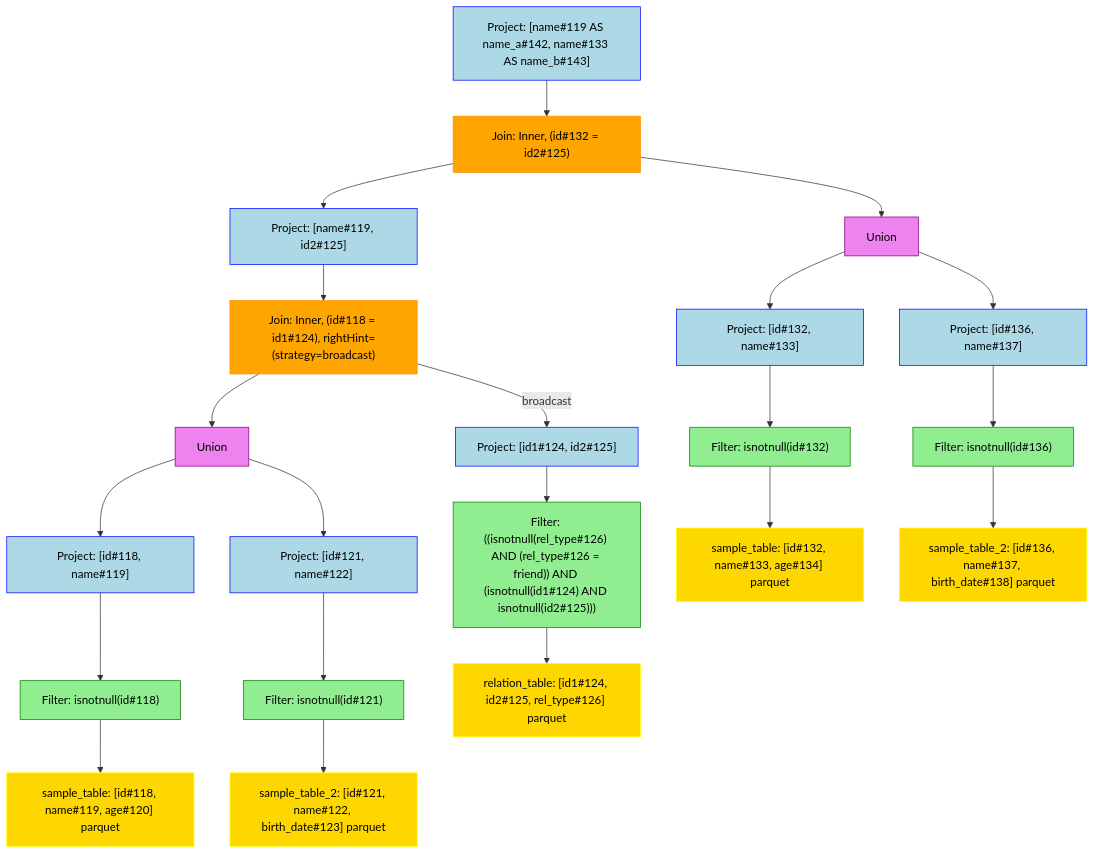
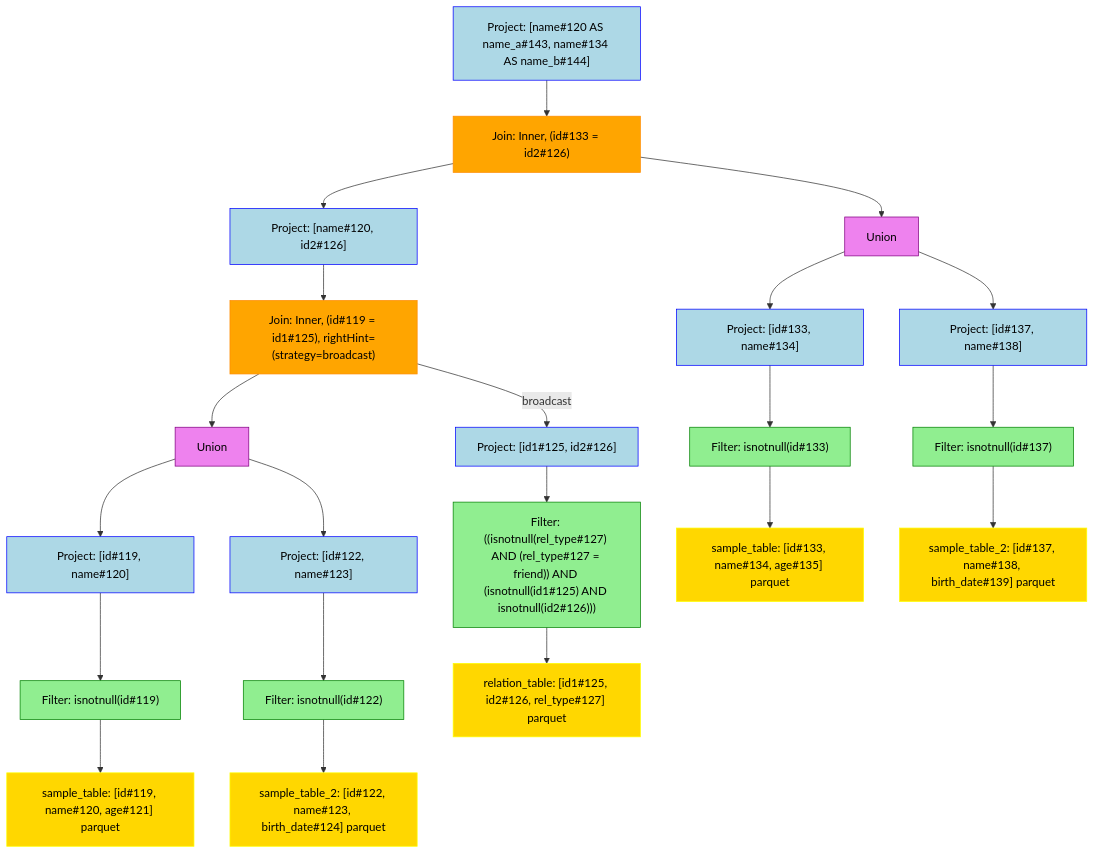
The diagram in data/visualization/join_2_broadcast.mmd (NielkNetraam/explainalyzed), drawn with Mermaid before and after one commit. The commit also changed 61 other files, not shown here.

```diff
--- a/data/visualization/join_2_broadcast.mmd
+++ b/data/visualization/join_2_broadcast.mmd
@@ -1,51 +1,51 @@
 flowchart TD
     classDef PROJECT stroke:Blue,fill:LightBlue,color:black
     classDef FILTER stroke:Green,fill:LightGreen,color:black
     classDef UNION stroke:Purple,fill:Violet,color:black
     classDef JOIN stroke:DarkOrange,fill:Orange,color:black
     classDef RELATION stroke:Yellow,fill:Gold,color:black
     classDef AGGREGATE stroke:Brown,fill:Chocolate,color:black
     classDef WINDOW stroke:Aqua,fill:Cyan,color:black
 
-    Project#00001["Project: [name#119 AS name_a#142, name#133 AS name_b#143]"]:::PROJECT
-    Join#00002["Join: Inner, (id#132 = id2#125)"]:::JOIN
-    Project#00003["Project: [name#119, id2#125]"]:::PROJECT
-    Join#00004["Join: Inner, (id#118 = id1#124), rightHint=(strategy=broadcast)"]:::JOIN
+    Project#00001["Project: [name#120 AS name_a#143, name#134 AS name_b#144]"]:::PROJECT
+    Join#00002["Join: Inner, (id#133 = id2#126)"]:::JOIN
+    Project#00003["Project: [name#120, id2#126]"]:::PROJECT
+    Join#00004["Join: Inner, (id#119 = id1#125), rightHint=(strategy=broadcast)"]:::JOIN
     Union#00005["Union"]:::UNION
-    Project#00006["Project: [id#118, name#119]"]:::PROJECT
-    Filter#00007["Filter: isnotnull(id#118)"]:::FILTER
-    Relation#00008["sample_table: [id#118, name#119, age#120] parquet"]:::RELATION
-    Project#00009["Project: [id#121, name#122]"]:::PROJECT
-    Filter#00010["Filter: isnotnull(id#121)"]:::FILTER
-    Relation#00011["sample_table_2: [id#121, name#122, birth_date#123] parquet"]:::RELATION
-    Project#00012["Project: [id1#124, id2#125]"]:::PROJECT
-    Filter#00013["Filter: ((isnotnull(rel_type#126) AND (rel_type#126 = friend)) AND (isnotnull(id1#124) AND isnotnull(id2#125)))"]:::FILTER
-    Relation#00014["relation_table: [id1#124, id2#125, rel_type#126] parquet"]:::RELATION
+    Project#00006["Project: [id#119, name#120]"]:::PROJECT
+    Filter#00007["Filter: isnotnull(id#119)"]:::FILTER
+    Relation#00008["sample_table: [id#119, name#120, age#121] parquet"]:::RELATION
+    Project#00009["Project: [id#122, name#123]"]:::PROJECT
+    Filter#00010["Filter: isnotnull(id#122)"]:::FILTER
+    Relation#00011["sample_table_2: [id#122, name#123, birth_date#124] parquet"]:::RELATION
+    Project#00012["Project: [id1#125, id2#126]"]:::PROJECT
+    Filter#00013["Filter: ((isnotnull(rel_type#127) AND (rel_type#127 = friend)) AND (isnotnull(id1#125) AND isnotnull(id2#126)))"]:::FILTER
+    Relation#00014["relation_table: [id1#125, id2#126, rel_type#127] parquet"]:::RELATION
     Union#00015["Union"]:::UNION
-    Project#00016["Project: [id#132, name#133]"]:::PROJECT
-    Filter#00017["Filter: isnotnull(id#132)"]:::FILTER
-    Relation#00018["sample_table: [id#132, name#133, age#134] parquet"]:::RELATION
-    Project#00019["Project: [id#136, name#137]"]:::PROJECT
-    Filter#00020["Filter: isnotnull(id#136)"]:::FILTER
-    Relation#00021["sample_table_2: [id#136, name#137, birth_date#138] parquet"]:::RELATION
+    Project#00016["Project: [id#133, name#134]"]:::PROJECT
+    Filter#00017["Filter: isnotnull(id#133)"]:::FILTER
+    Relation#00018["sample_table: [id#133, name#134, age#135] parquet"]:::RELATION
+    Project#00019["Project: [id#137, name#138]"]:::PROJECT
+    Filter#00020["Filter: isnotnull(id#137)"]:::FILTER
+    Relation#00021["sample_table_2: [id#137, name#138, birth_date#139] parquet"]:::RELATION
 
     Project#00001 --> Join#00002
         Join#00002 --> Project#00003
             Project#00003 --> Join#00004
                 Join#00004 --> Union#00005
                     Union#00005 --> Project#00006
                         Project#00006 --> Filter#00007
                             Filter#00007 --> Relation#00008
                     Union#00005 --> Project#00009
                         Project#00009 --> Filter#00010
                             Filter#00010 --> Relation#00011
                 Join#00004 -- broadcast -->  Project#00012
                     Project#00012 --> Filter#00013
                         Filter#00013 --> Relation#00014
         Join#00002 --> Union#00015
             Union#00015 --> Project#00016
                 Project#00016 --> Filter#00017
                     Filter#00017 --> Relation#00018
             Union#00015 --> Project#00019
                 Project#00019 --> Filter#00020
                     Filter#00020 --> Relation#00021
```
